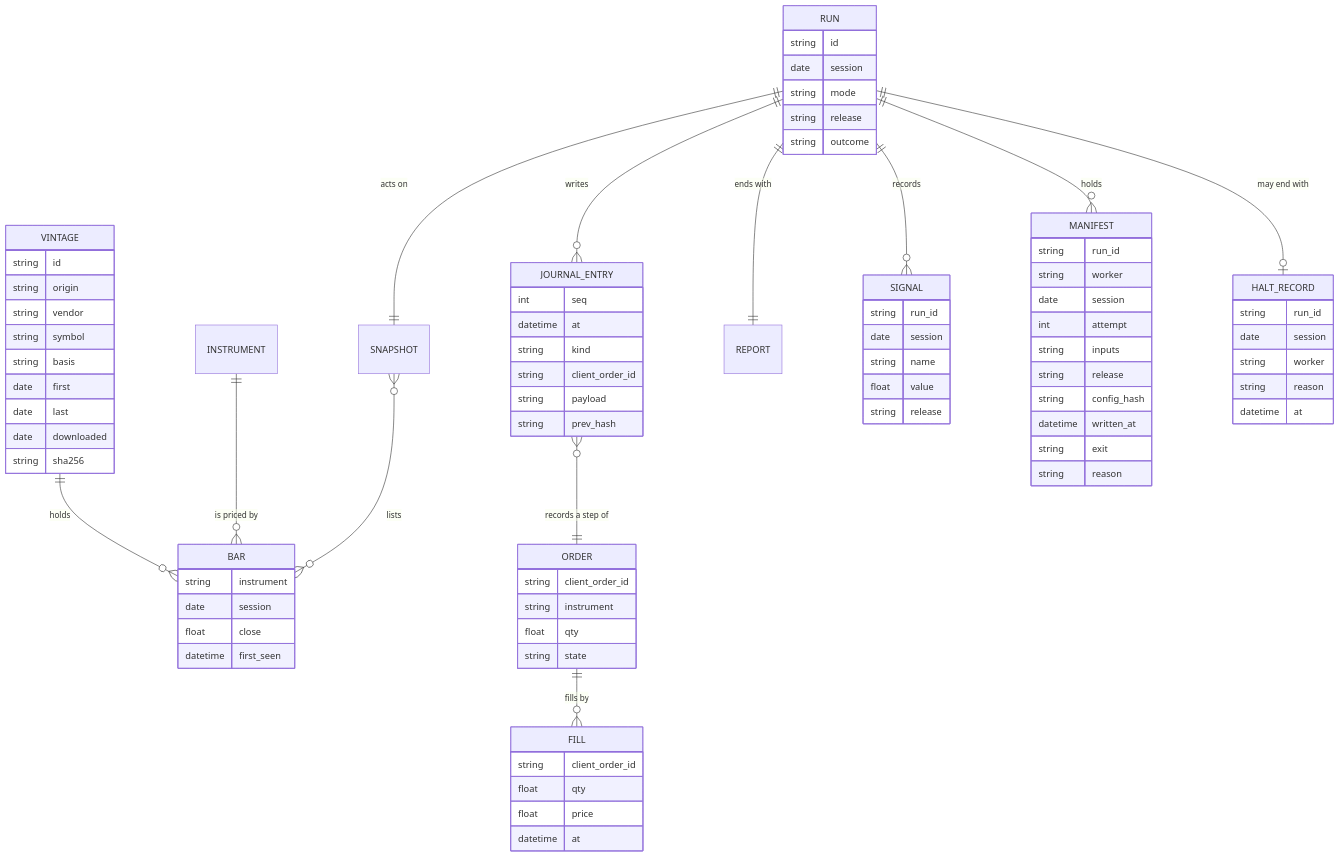
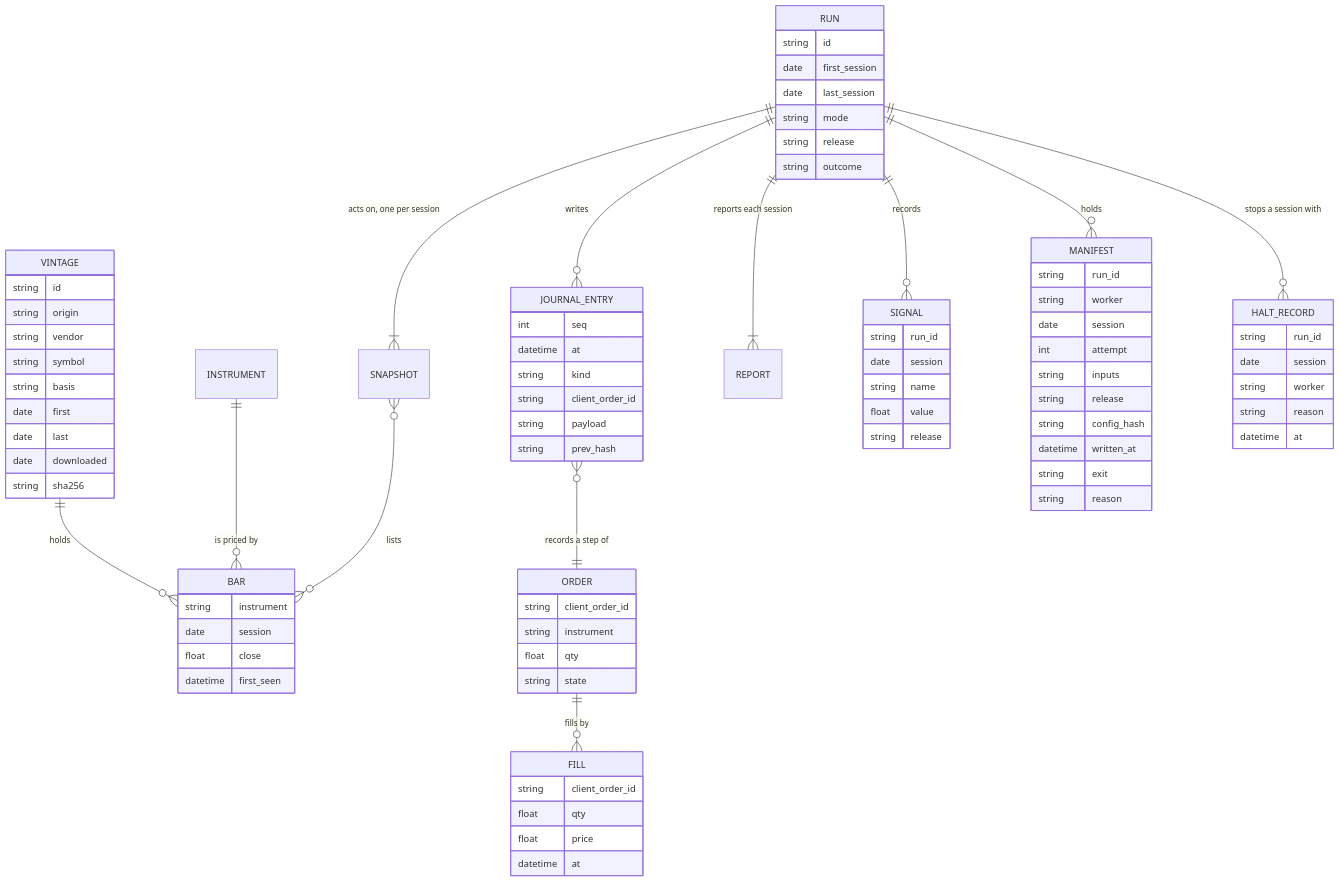
Before and after one commit to l3a0/ithildin-runtime: diagram 14 of 16 in docs/architecture.md, drawn with Mermaid. The commit also changed other lines of this file and 2 other files, not shown here.

First line of the commit message:
docs(architecture): fix what the review of the process revision found

```diff
--- a/docs/architecture.md
+++ b/docs/architecture.md
@@ -1076,15 +1195,15 @@
 erDiagram
     VINTAGE ||--o{ BAR : "holds"
     INSTRUMENT ||--o{ BAR : "is priced by"
-    RUN ||--|| SNAPSHOT : "acts on"
+    RUN ||--|{ SNAPSHOT : "acts on, one per session"
     SNAPSHOT }o--o{ BAR : "lists"
     RUN ||--o{ JOURNAL_ENTRY : "writes"
     JOURNAL_ENTRY }o--|| ORDER : "records a step of"
     ORDER ||--o{ FILL : "fills by"
-    RUN ||--|| REPORT : "ends with"
+    RUN ||--|{ REPORT : "reports each session"
     RUN ||--o{ SIGNAL : "records"
     RUN ||--o{ MANIFEST : "holds"
-    RUN ||--o| HALT_RECORD : "may end with"
+    RUN ||--o{ HALT_RECORD : "stops a session with"
 
     VINTAGE {
         string id
@@ -1105,7 +1224,8 @@
     }
     RUN {
         string id
-        date session
+        date first_session
+        date last_session
         string mode
         string release
         string outcome
```
